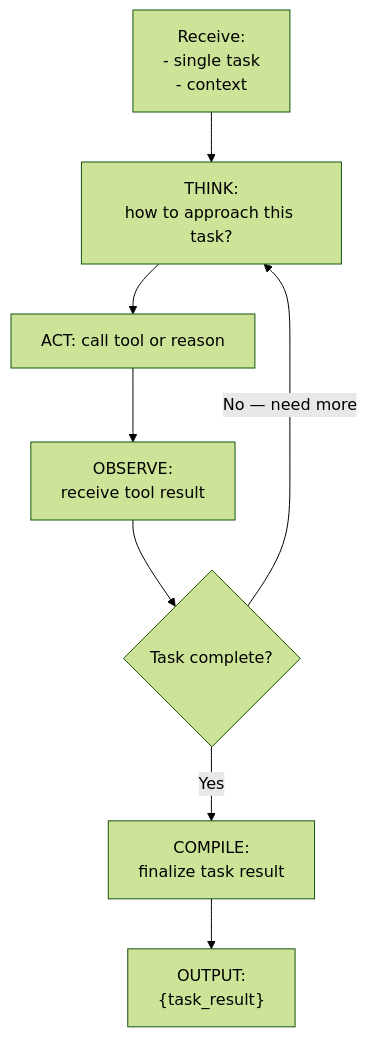
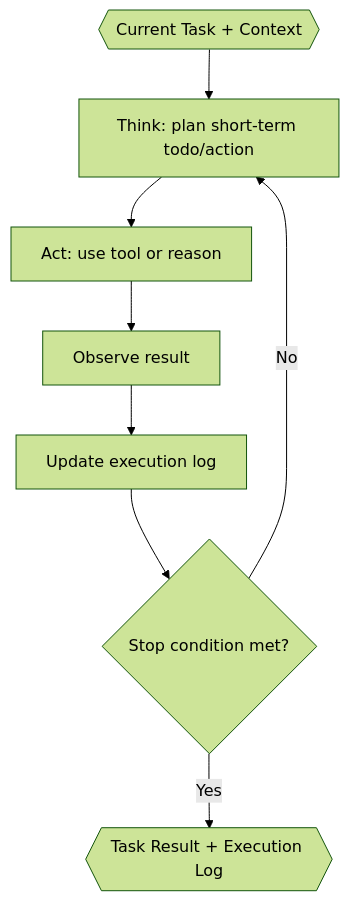
The diagram in src/tinycua/docs/architecture/task-execution.md (VJyzCELERY/TINYCUA), drawn with Mermaid (forest theme) before and after one commit. The commit also changed other lines of this file and 12 other files, not shown here.

Commit message:
docs(architecture): update with context-decomposition thesis and revised contracts

````diff
--- a/src/tinycua/docs/architecture/task-execution.md
+++ b/src/tinycua/docs/architecture/task-execution.md
@@ -40,20 +65,18 @@
 ```mermaid
 flowchart TD
-    RECEIVE["Receive:\n- single task\n- context"]
-    THINK["THINK:\nhow to approach this task?"]
-    ACT["ACT: call tool or reason"]
-    OBSERVE["OBSERVE:\nreceive tool result"]
-    DEC_DONE{"Task complete?"}
-    COMPILE["COMPILE:\nfinalize task result"]
-    OUTPUT["OUTPUT:\n{task_result}"]
+    TASK{{"Current Task + Context"}}
+    THINK["Think: plan short-term todo/action"]
+    ACT["Act: use tool or reason"]
+    OBSERVE["Observe result"]
+    LOG["Update execution log"]
+    DONE{"Stop condition met?"}
+    RESULT{{"Task Result + Execution Log"}}
 
-    RECEIVE --> THINK
+    TASK --> THINK
     THINK --> ACT
     ACT --> OBSERVE
-    OBSERVE --> DEC_DONE
-    
-    DEC_DONE -->|"Yes"| COMPILE
-    COMPILE --> OUTPUT
-    
-    DEC_DONE -->|"No — need more"| THINK
+    OBSERVE --> LOG
+    LOG --> DONE
+    DONE -->|No| THINK
+    DONE -->|Yes| RESULT
 ```
````
